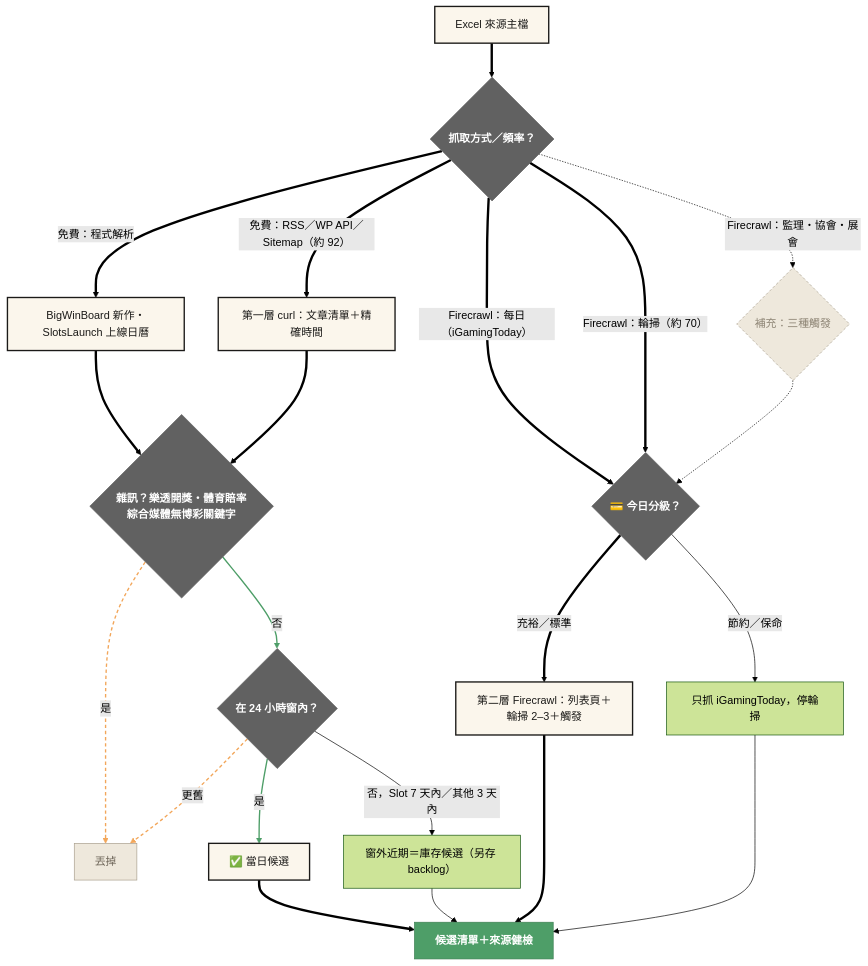
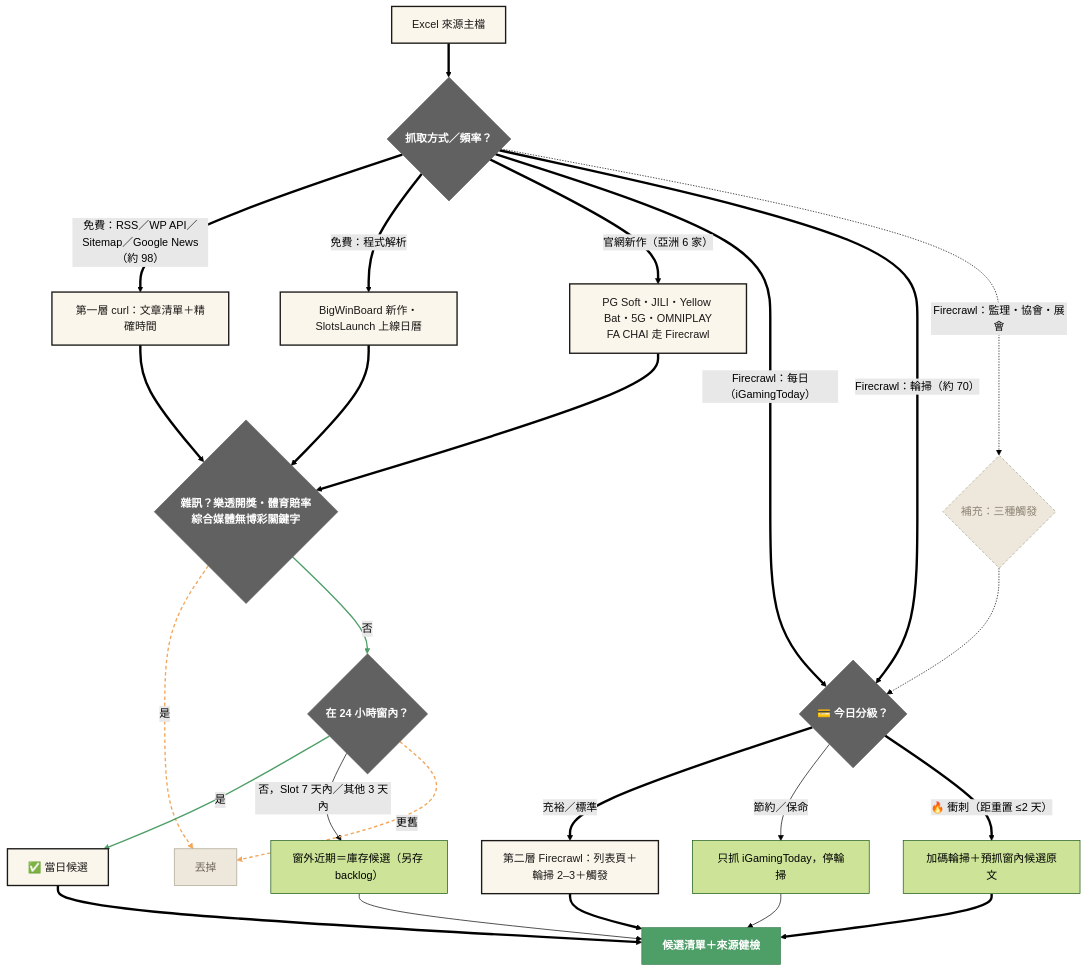
One commit to igaming-pulse/igaming-daily changed the second of 6 diagrams in OutputLogic.md. Above: the diagram before and after it, drawn with Mermaid (forest theme). The commit also changed other lines of this file and 4 other files, not shown here.

````diff
--- a/OutputLogic.md
+++ b/OutputLogic.md
@@ -83,35 +88,39 @@
 ```mermaid
 flowchart TD
   S["Excel 來源主檔"] ==> W{"抓取方式／頻率？"}
-  W == "免費：RSS／WP API／Sitemap（約 92）" ==> L1["第一層 curl：文章清單＋精確時間"]
+  W == "免費：RSS／WP API／Sitemap／Google News（約 98）" ==> L1["第一層 curl：文章清單＋精確時間"]
   W == "免費：程式解析" ==> L0["BigWinBoard 新作・SlotsLaunch 上線日曆"]
+  W == "官網新作（亞洲 6 家）" ==> LA["PG Soft・JILI・Yellow Bat・5G・OMNIPLAY<br/>FA CHAI 走 Firecrawl"]
+  LA ==> NZ
   W == "Firecrawl：每日（iGamingToday）" ==> FC{"💳 今日分級？"}
   W == "Firecrawl：輪掃（約 70）" ==> FC
   W -. "Firecrawl：監理・協會・展會" .-> TR{"補充：三種觸發"}
   TR -.-> FC
   FC == "充裕／標準" ==> L2["第二層 Firecrawl：列表頁＋輪掃 2–3＋觸發"]
   FC -- "節約／保命" --> L2S["只抓 iGamingToday，停輪掃"]
+  FC == "🔥 衝刺（距重置 ≤2 天）" ==> L2P["加碼輪掃＋預抓窗內候選原文"]
+  L2P ==> OUT
   L0 ==> NZ
   L1 ==> NZ{"雜訊？樂透開獎・體育賠率<br/>綜合媒體無博彩關鍵字"}
   NZ -- 是 --> DROP["丟掉"]
   NZ == 否 ==> TW{"在 24 小時窗內？"}
   TW == 是 ==> IN["✅ 當日候選"]
   TW -- "否，Slot 7 天內／其他 3 天內" --> OLD["窗外近期＝庫存候選（另存 backlog）"]
   TW -- 更舊 --> DROP
   IN ==> OUT["候選清單＋來源健檢"]
   OLD --> OUT
   L2 ==> OUT
   L2S --> OUT
   classDef main fill:#FBF6EC,stroke:#1B1A18,stroke-width:2px,color:#1B1A18
   classDef minor fill:#EEE8DC,stroke:#A99F8E,stroke-dasharray:4 3,color:#8C8373
-  class S,L0,L1,L2,IN main
+  class S,L0,LA,L1,L2,IN main
   class TR minor
   classDef gate fill:#616161,stroke:#616161,color:#FFFFFF,font-weight:700
   classDef out fill:#4E9E68,stroke:#3C7F52,color:#FFFFFF,font-weight:700
   classDef muted fill:#EEE8DC,stroke:#A99F8E,color:#6F675A
   class FC,NZ,TW,W gate
   class OUT out
   class DROP muted
-  linkStyle 12,13 stroke:#4E9E68,stroke-width:2px
-  linkStyle 11,15 stroke:#F2A65A,stroke-width:2px,stroke-dasharray:5 4
+  linkStyle 16,17 stroke:#4E9E68,stroke-width:2px
+  linkStyle 15,19 stroke:#F2A65A,stroke-width:2px,stroke-dasharray:5 4
 ```
````
